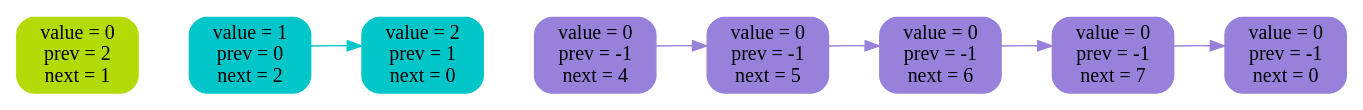
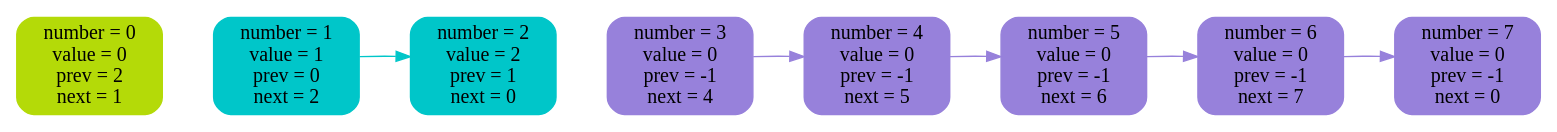
Before and after one commit to 2210223t-lang/2-linked-list: the diagram in list_log/img/3.dot, drawn with Graphviz. The commit also changed 16 other files, not shown here.

```diff
--- a/list_log/img/3.dot
+++ b/list_log/img/3.dot
@@ -1,23 +1,23 @@
 digraph {
 rankdir = LR
-n0 [ label = "value = 0\nprev = 2\nnext = 1", shape = Mrecord, fontsize = 14,style = filled, color = "#b4da08" ]
-n1 [ label = "value = 1\nprev = 0\nnext = 2", shape = Mrecord, fontsize = 14,style = filled, color = "#00c6c9" ]
-n2 [ label = "value = 2\nprev = 1\nnext = 0", shape = Mrecord, fontsize = 14,style = filled, color = "#00c6c9" ]
-n3 [ label = "value = 0\nprev = -1\nnext = 4", shape = Mrecord, fontsize = 14,style = filled, color = "#9781db" ]
-n4 [ label = "value = 0\nprev = -1\nnext = 5", shape = Mrecord, fontsize = 14,style = filled, color = "#9781db" ]
-n5 [ label = "value = 0\nprev = -1\nnext = 6", shape = Mrecord, fontsize = 14,style = filled, color = "#9781db" ]
-n6 [ label = "value = 0\nprev = -1\nnext = 7", shape = Mrecord, fontsize = 14,style = filled, color = "#9781db" ]
-n7 [ label = "value = 0\nprev = -1\nnext = 0", shape = Mrecord, fontsize = 14,style = filled, color = "#9781db" ]
+n0 [ label = "number = 0\nvalue = 0\nprev = 2\nnext = 1", shape = Mrecord, fontsize = 14,style = filled, color = "#b4da08" ]
+n1 [ label = "number = 1\nvalue = 1\nprev = 0\nnext = 2", shape = Mrecord, fontsize = 14,style = filled, color = "#00c6c9" ]
+n2 [ label = "number = 2\nvalue = 2\nprev = 1\nnext = 0", shape = Mrecord, fontsize = 14,style = filled, color = "#00c6c9" ]
+n3 [ label = "number = 3\nvalue = 0\nprev = -1\nnext = 4", shape = Mrecord, fontsize = 14,style = filled, color = "#9781db" ]
+n4 [ label = "number = 4\nvalue = 0\nprev = -1\nnext = 5", shape = Mrecord, fontsize = 14,style = filled, color = "#9781db" ]
+n5 [ label = "number = 5\nvalue = 0\nprev = -1\nnext = 6", shape = Mrecord, fontsize = 14,style = filled, color = "#9781db" ]
+n6 [ label = "number = 6\nvalue = 0\nprev = -1\nnext = 7", shape = Mrecord, fontsize = 14,style = filled, color = "#9781db" ]
+n7 [ label = "number = 7\nvalue = 0\nprev = -1\nnext = 0", shape = Mrecord, fontsize = 14,style = filled, color = "#9781db" ]
 n0 -> n1 [ style = invis, weight = 100 ]
 n1 -> n2 [ style = invis, weight = 100 ]
 n2 -> n3 [ style = invis, weight = 100 ]
 n3 -> n4 [ style = invis, weight = 100 ]
 n4 -> n5 [ style = invis, weight = 100 ]
 n5 -> n6 [ style = invis, weight = 100 ]
 n6 -> n7 [ style = invis, weight = 100 ]
 n1 -> n2 [style = filled, color = "#00c6c9" ]
 n3 -> n4 [style = filled, color = "#9781db" ]
 n4 -> n5 [style = filled, color = "#9781db" ]
 n5 -> n6 [style = filled, color = "#9781db" ]
 n6 -> n7 [style = filled, color = "#9781db" ]
 }
```
